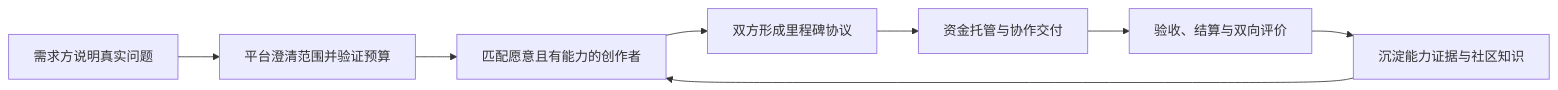
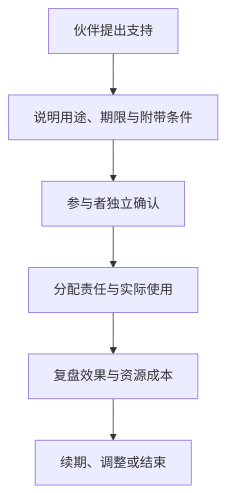
One commit to BillShiyaoZhang/desire-supply changed the ninth of 18 diagrams in docs/desire-supply-platform-design.md. Above: the diagram before and after it, drawn with Mermaid. The commit also changed other lines of this file and 18 other files, not shown here.

````diff
--- a/docs/desire-supply-platform-design.md
+++ b/docs/desire-supply-platform-design.md
@@ -11,10 +253,8 @@
 ```mermaid
-flowchart LR
-    A["需求方说明真实问题"] --> B["平台澄清范围并验证预算"]
-    B --> C["匹配愿意且有能力的创作者"]
-    C --> D["双方形成里程碑协议"]
-    D --> E["资金托管与协作交付"]
-    E --> F["验收、结算与双向评价"]
-    F --> G["沉淀能力证据与社区知识"]
-    G --> C
+flowchart TB
+    A["伙伴提出支持"] --> B["说明用途、期限与附带条件"]
+    B --> C["参与者独立确认"]
+    C --> D["分配责任与实际使用"]
+    D --> E["复盘效果与资源成本"]
+    E --> F["续期、调整或结束"]
 ```
````
